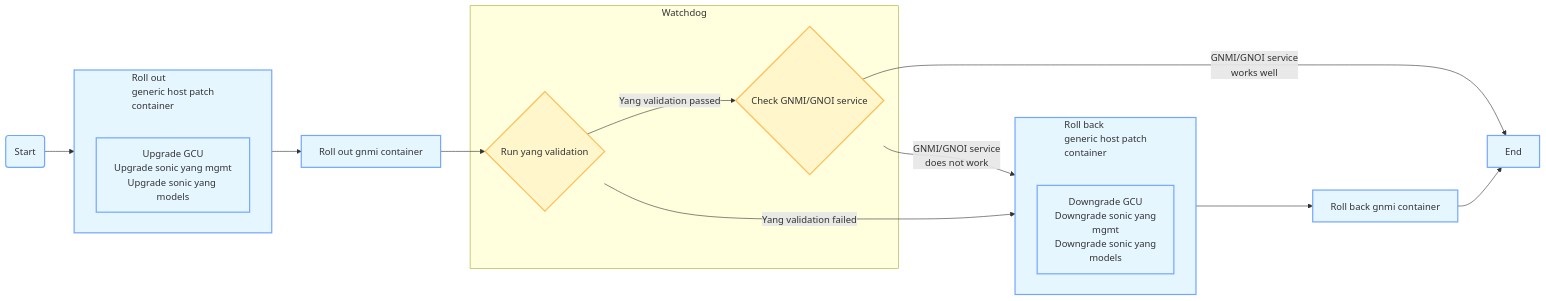
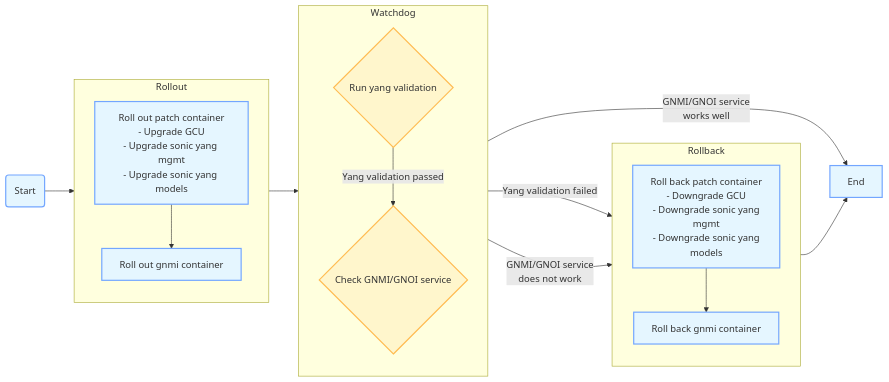
One commit to ganglyu/mermaid changed the diagram in upgrade_flowchart.md. Above: the diagram before and after it, drawn with Mermaid.

````diff
--- a/upgrade_flowchart.md
+++ b/upgrade_flowchart.md
@@ -1,30 +1,29 @@
 ```mermaid
 flowchart LR
     classDef process fill:#E5F6FF,stroke:#73A6FF,stroke-width:2px;
     classDef decision fill:#FFF6CC,stroke:#FFBC52,stroke-width:2px;
-    subgraph RolloutGeneric[Roll out<br>generic host patch<br>container]
-        direction LR
-        HiddenA[ ]
-        UpgradeGCU[Upgrade GCU<br>Upgrade sonic yang mgmt<br>Upgrade sonic yang models]:::process
-        style HiddenA visibility:hidden
+    subgraph Rollout
+        direction TB
+        RolloutGeneric[Roll out patch container<BR>- Upgrade GCU<br>- Upgrade sonic yang mgmt<br>- Upgrade sonic yang models]
+        RolloutGNMI[Roll out gnmi container]
     end
-    subgraph RollbackGeneric[Roll back<br>generic host patch<br>container]
-        direction LR
-        HiddenB[ ]
-        DowngradeGCU[Downgrade GCU<br>Downgrade sonic yang<br>mgmt<br>Downgrade sonic yang<br>models]:::process
-        style HiddenB visibility:hidden
+    subgraph Rollback
+        direction TB
+        RollbackGeneric[Roll back patch container<br>- Downgrade GCU<br>- Downgrade sonic yang<br>mgmt<br>- Downgrade sonic yang<br>models]
+        RollbackGNMI[Roll back gnmi container]
     end
     subgraph Watchdog
+        direction TB
         WatchdogGCU{Run yang validation}
         WatchdogGNMI{Check GNMI/GNOI service}
     end
     Start(Start):::process --> RolloutGeneric:::process
-    RolloutGeneric --> RolloutGNMI[Roll out gnmi container]:::process
+    RolloutGeneric --> RolloutGNMI:::process
     RolloutGNMI --> WatchdogGCU:::decision
     WatchdogGCU --> |Yang validation passed|WatchdogGNMI:::decision
     WatchdogGCU --> |Yang validation failed|RollbackGeneric:::process
     WatchdogGNMI --> |GNMI/GNOI service<br>works well|End[End]:::process
     WatchdogGNMI --> |GNMI/GNOI service<br>does not work|RollbackGeneric:::process
-    RollbackGeneric --> RollbackGNMI[Roll back gnmi container]:::process
+    RollbackGeneric --> RollbackGNMI:::process
     RollbackGNMI -->End
 ```
````
